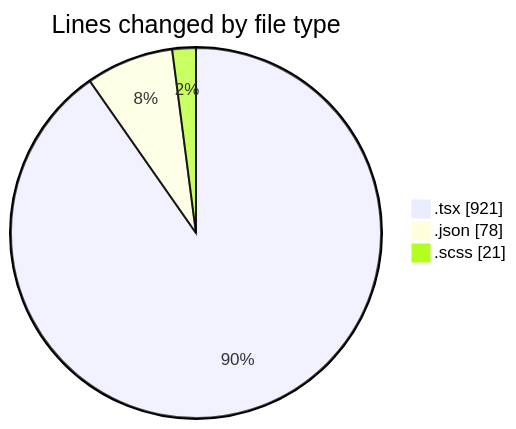
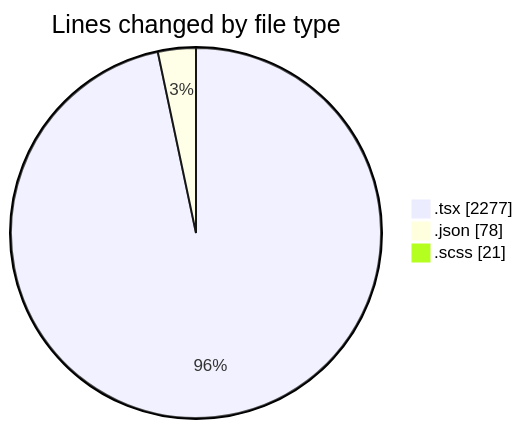
One commit to momahboobian/code-tracking changed the first of 2 diagrams in 2026-09-29/cda/README.md. Above: the diagram before and after it, drawn with Mermaid. The commit also changed other lines of this file and 1 other file, not shown here.

````diff
--- a/2026-09-29/cda/README.md
+++ b/2026-09-29/cda/README.md
@@ -26,7 +32,7 @@
 ```mermaid
 pie showData
 title Lines changed by file type
-".tsx" : 921
+".tsx" : 2277
 ".json" : 78
 ".scss" : 21
 ```
````
